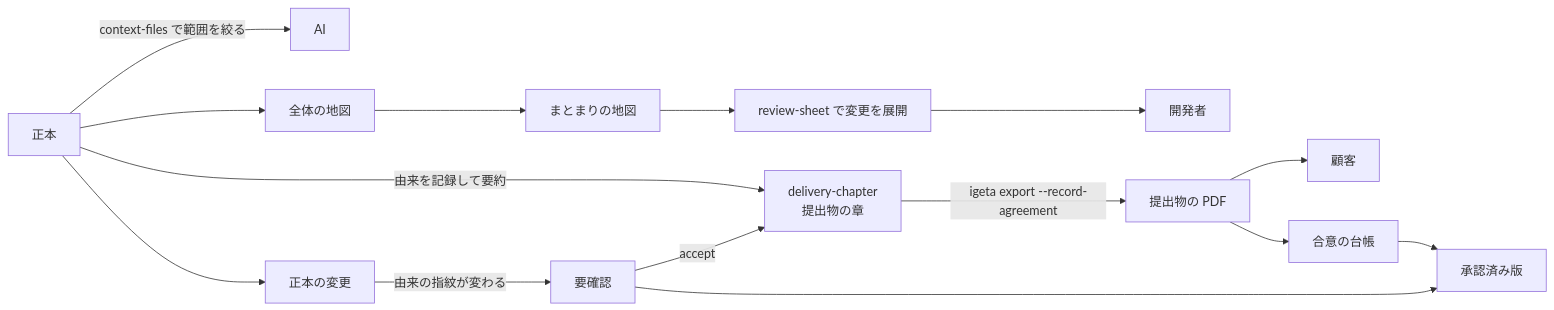
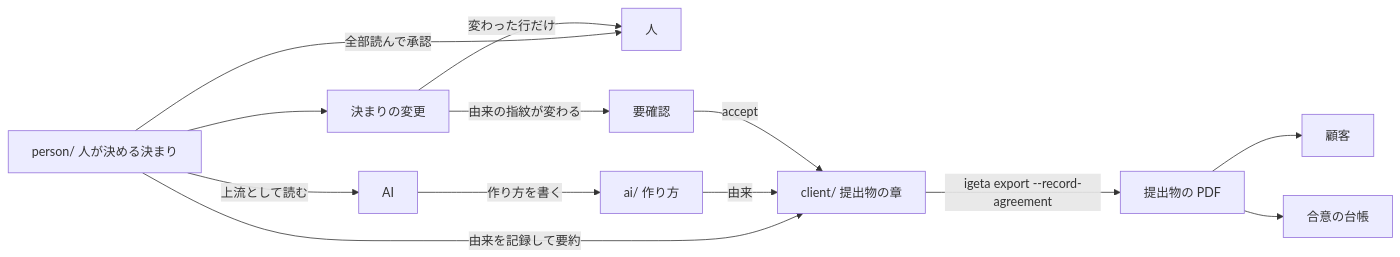
One commit to SakakitaniJunya/Igeta changed the diagram in docs/explanation/03-audience-layers.md. Above: the diagram before and after it, drawn with Mermaid. The commit also changed other lines of this file and 270 other files, not shown here.

First line of the commit message:
文書モデル: docs を person / ai / client に分け、人の文書の型と承認の見分けを検査にする (0.5.0) (#19)

````diff
--- a/docs/explanation/03-audience-layers.md
+++ b/docs/explanation/03-audience-layers.md
@@ -84,17 +74,14 @@
 ```mermaid
 flowchart LR
-  M[正本] -->|context-files で範囲を絞る| AI[AI]
-  M --> Map0[全体の地図]
-  Map0 --> Map1[まとまりの地図]
-  Map1 --> RS[review-sheet で変更を展開]
-  RS --> Dev[開発者]
-  M -->|由来を記録して要約| Ch[delivery-chapter<br/>提出物の章]
+  P[person/ 人が決める決まり] -->|全部読んで承認| H[人]
+  P -->|上流として読む| AI[AI]
+  AI -->|作り方を書く| A[ai/ 作り方]
+  P -->|由来を記録して要約| Ch[client/ 提出物の章]
+  A -->|由来| Ch
   Ch -->|igeta export --record-agreement| PDF[提出物の PDF]
   PDF --> Cli[顧客]
   PDF --> L[合意の台帳]
-  L --> Appr[承認済み版]
-  M --> M2[正本の変更]
-  M2 -->|由来の指紋が変わる| Q[要確認]
-  Q -->|accept| Ch
-  Q --> Appr
+  P --> P2[決まりの変更]
+  P2 -->|変わった行だけ| H
+  P2 -->|由来の指紋が変わる| Q[要確認] -->|accept| Ch
 ```
````
